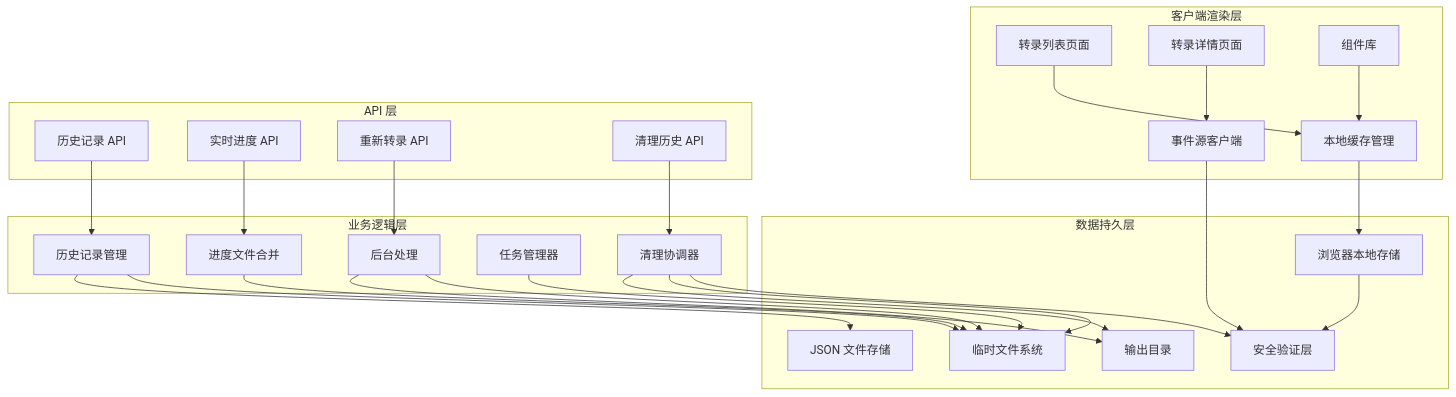
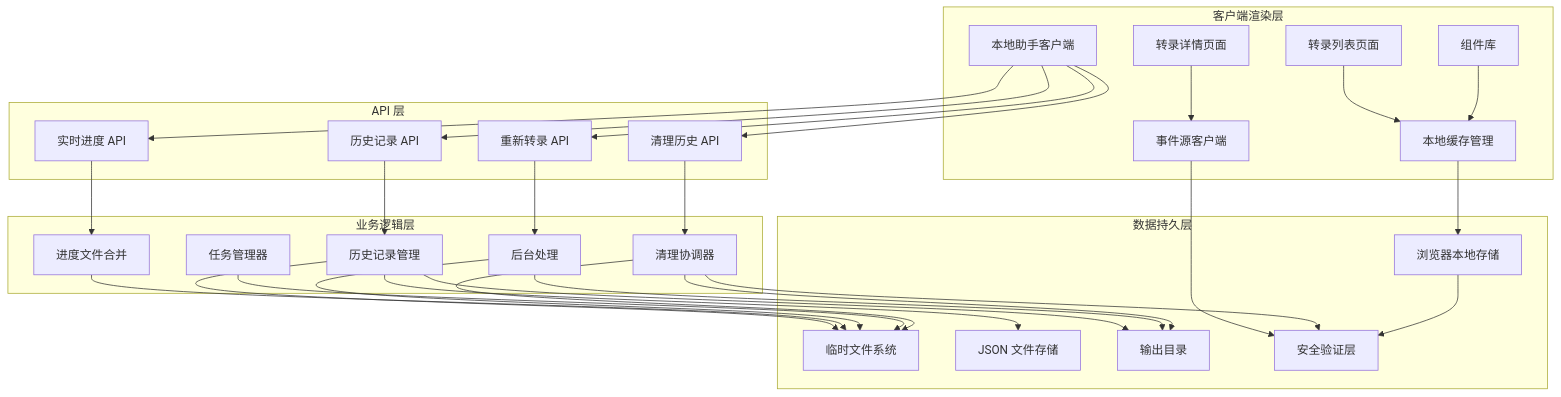
One commit to clawbotai/memo-flow changed the first of 18 diagrams in .qoder/repowiki/zh/content/Transcription History System.md. Above: the diagram before and after it, drawn with Mermaid. The commit also changed other lines of this file and 5 other files, not shown here.

````diff
--- a/.qoder/repowiki/zh/content/Transcription History System.md
+++ b/.qoder/repowiki/zh/content/Transcription History System.md
@@ -54,49 +56,55 @@
 ```mermaid
 graph TB
 subgraph "客户端渲染层"
 A[转录列表页面]
 B[转录详情页面]
 C[组件库]
 D[本地缓存管理]
 E[事件源客户端]
+F[本地助手客户端]
 end
 subgraph "API 层"
-F[历史记录 API]
-G[实时进度 API]
-H[重新转录 API]
-I[清理历史 API]
+G[历史记录 API]
+H[实时进度 API]
+I[重新转录 API]
+J[清理历史 API]
 end
 subgraph "业务逻辑层"
-J[历史记录管理]
-K[进度文件合并]
-L[后台处理]
-M[任务管理器]
-N[清理协调器]
+K[历史记录管理]
+L[进度文件合并]
+M[后台处理]
+N[任务管理器]
+O[清理协调器]
 end
 subgraph "数据持久层"
-O[临时文件系统]
-P[JSON 文件存储]
-Q[输出目录]
-R[浏览器本地存储]
-S[安全验证层]
+P[临时文件系统]
+Q[JSON 文件存储]
+R[输出目录]
+S[浏览器本地存储]
+T[安全验证层]
 end
 A --> D
 B --> E
 C --> D
-D --> R
-E --> S
+D --> S
+E --> T
+F --> G
+F --> H
+F --> I
 F --> J
 G --> K
 H --> L
-I --> N
+I --> M
 J --> O
-J --> P
-K --> O
-L --> O
-L --> Q
-M --> O
-N --> S
-N --> O
-N --> Q
-R --> S
+K --> P
+K --> Q
+K --> R
+L --> P
+M --> P
+M --> R
+N --> P
+O --> T
+O --> P
+O --> R
+S --> T
 ```
````
